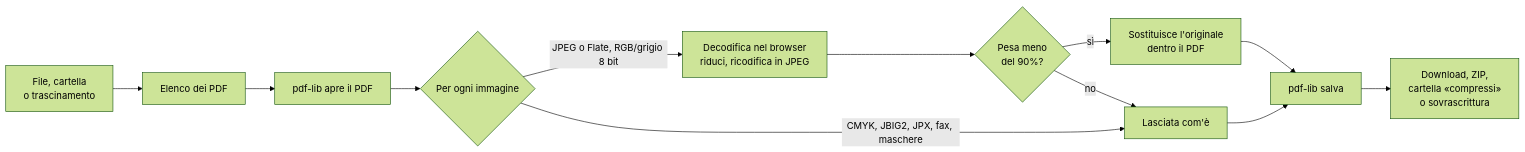
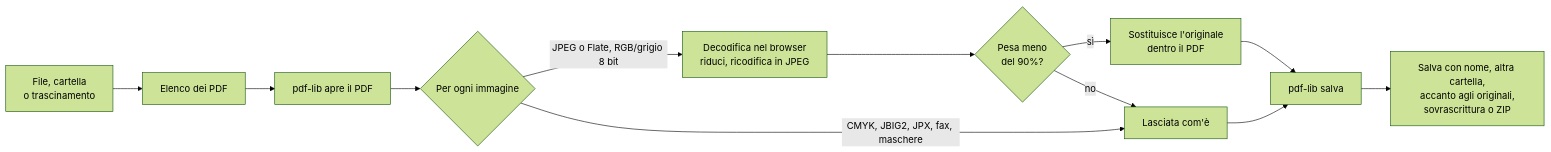
Before and after one commit to Marketto/pdf-tiny-tools: the diagram in docs/ARCHITETTURA.md, drawn with Mermaid (forest theme). The commit also changed other lines of this file and 10 other files, not shown here.

````diff
--- a/docs/ARCHITETTURA.md
+++ b/docs/ARCHITETTURA.md
@@ -7,14 +7,14 @@
 ```mermaid
 flowchart LR
   A[File, cartella<br>o trascinamento] --> B[Elenco dei PDF]
   B --> C[pdf-lib apre il PDF]
   C --> D{Per ogni immagine}
   D -->|JPEG o Flate, RGB/grigio 8 bit| E[Decodifica nel browser<br>riduci, ricodifica in JPEG]
   D -->|CMYK, JBIG2, JPX, fax, maschere| F[Lasciata com'è]
   E --> G{Pesa meno<br>del 90%?}
   G -->|sì| H[Sostituisce l'originale<br>dentro il PDF]
   G -->|no| F
   H --> I[pdf-lib salva]
   F --> I
-  I --> J[Download, ZIP,<br>cartella «compressi»<br>o sovrascrittura]
+  I --> J[Salva con nome, altra cartella,<br>accanto agli originali,<br>sovrascrittura o ZIP]
 ```
````
